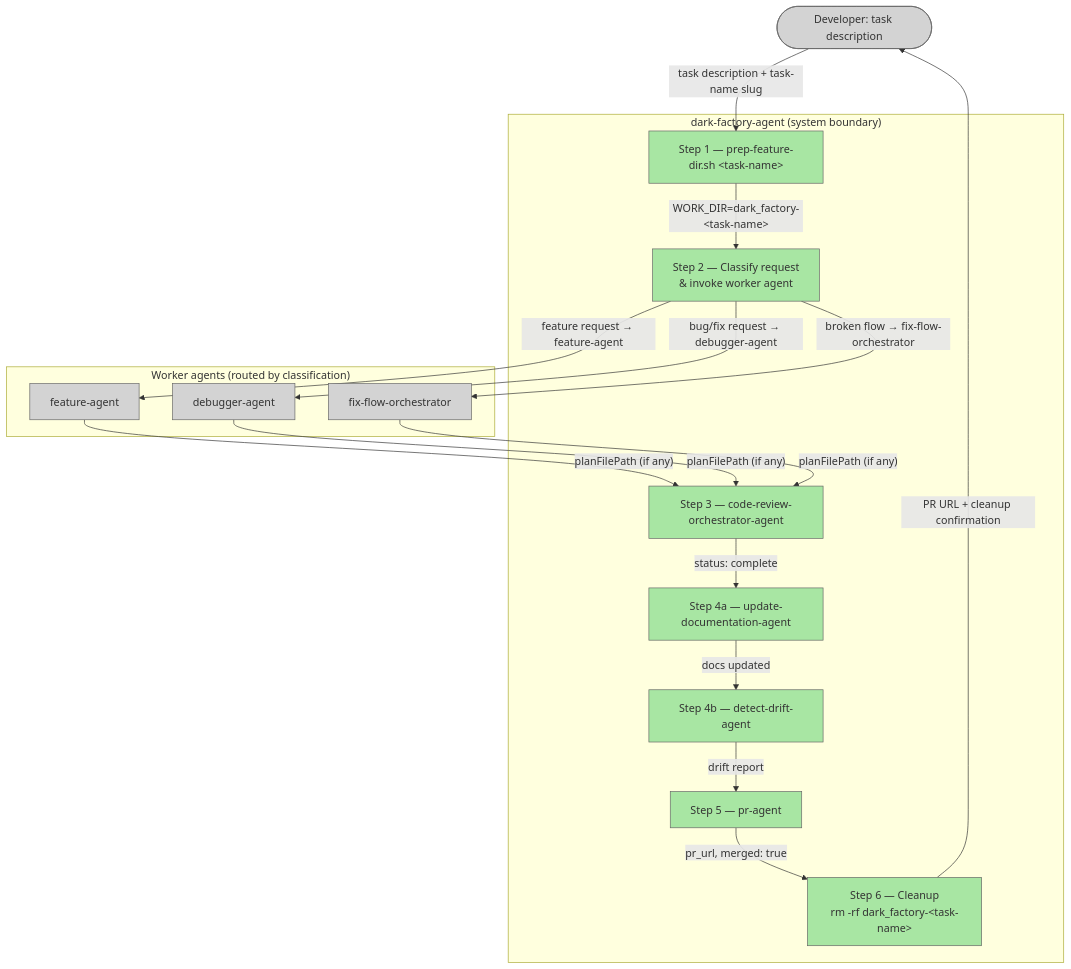
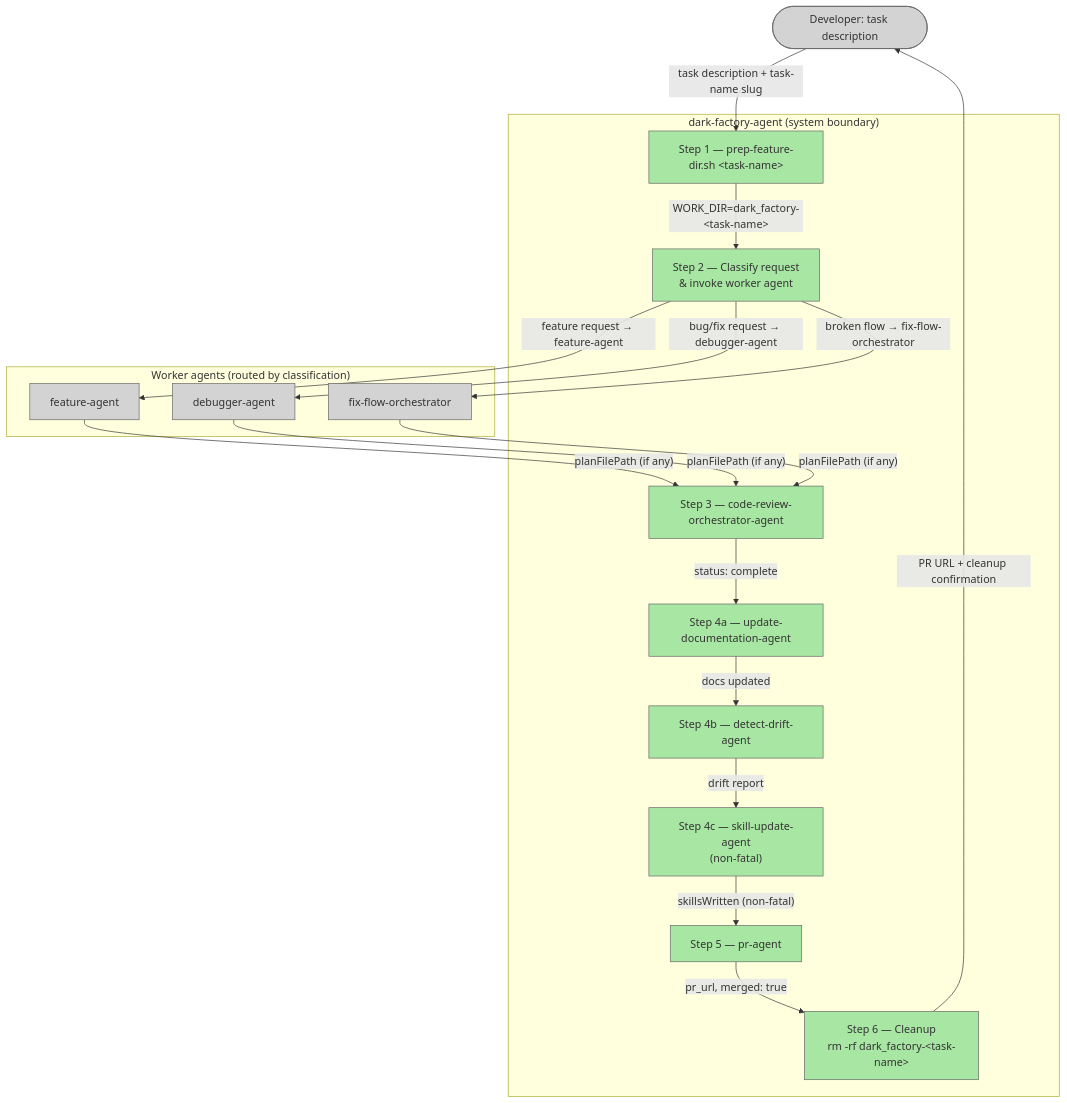
Before and after one commit to lewibs/dark-factory: the diagram in docs/plans/2026-04-25-dark-factory-agent.md, drawn with Mermaid. The commit also changed other lines of this file and 4 other files, not shown here.

Commit message:
feat(skill-update-agent): integrate skill-update-agent into dark-factory loop

````diff
--- a/docs/plans/2026-04-25-dark-factory-agent.md
+++ b/docs/plans/2026-04-25-dark-factory-agent.md
@@ -32,37 +32,39 @@
 ```mermaid
 graph TD
   User([Developer: task description]):::unchanged
 
   subgraph dark-factory-agent["dark-factory-agent (system boundary)"]
     S1["Step 1 — prep-feature-dir.sh &lt;task-name&gt;"]:::created
     S2["Step 2 — Classify request\n& invoke worker agent"]:::created
     S3["Step 3 — code-review-orchestrator-agent"]:::created
     S4a["Step 4a — update-documentation-agent"]:::created
     S4b["Step 4b — detect-drift-agent"]:::created
+    S4c["Step 4c — skill-update-agent\n(non-fatal)"]:::created
     S5["Step 5 — pr-agent"]:::created
     S6["Step 6 — Cleanup\nrm -rf dark_factory-&lt;task-name&gt;"]:::created
   end
 
   subgraph workerAgents["Worker agents (routed by classification)"]
     WA["feature-agent"]:::unchanged
     WB["debugger-agent"]:::unchanged
     WC["fix-flow-orchestrator"]:::unchanged
   end
 
   User -->|"task description + task-name slug"| S1
   S1 -->|"WORK_DIR=dark_factory-&lt;task-name&gt;"| S2
   S2 -->|"feature request → feature-agent"| WA
   S2 -->|"bug/fix request → debugger-agent"| WB
   S2 -->|"broken flow → fix-flow-orchestrator"| WC
   WA -->|"planFilePath (if any)"| S3
   WB -->|"planFilePath (if any)"| S3
   WC -->|"planFilePath (if any)"| S3
   S3 -->|"status: complete"| S4a
   S4a -->|"docs updated"| S4b
-  S4b -->|"drift report"| S5
+  S4b -->|"drift report"| S4c
+  S4c -->|"skillsWritten (non-fatal)"| S5
   S5 -->|"pr_url, merged: true"| S6
   S6 -->|"PR URL + cleanup confirmation"| User
 
 classDef unchanged fill:#d3d3d3,stroke:#666,stroke-width:1px;
 classDef created fill:#a8e6a3,stroke:#666,stroke-width:1px;
 ```
````
